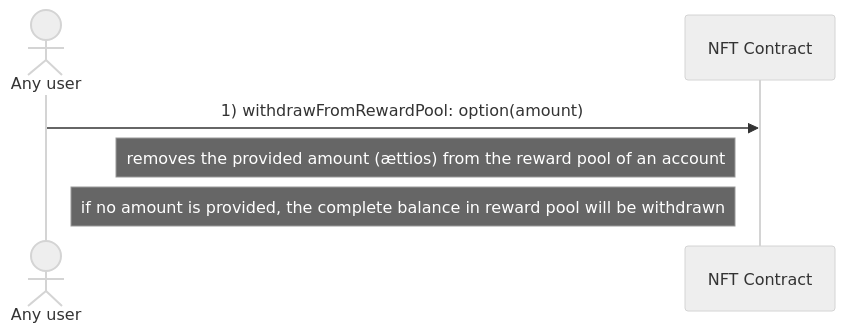
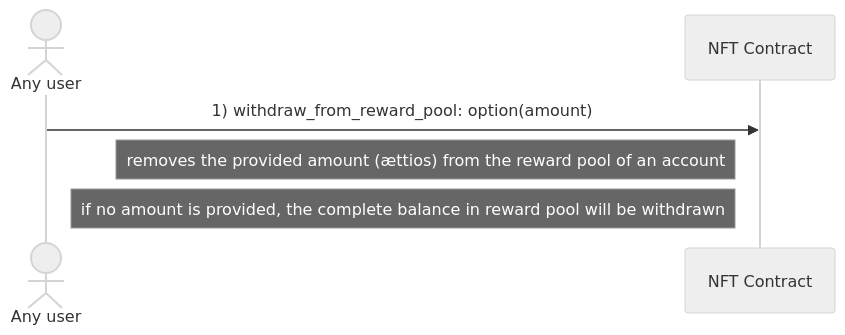
The sixth of 6 diagrams in docs/diagrams/reward_users.md (marc0olo/aens-nfts), drawn with Mermaid (neutral theme) before and after one commit. The commit also changed other lines of this file and 17 other files, not shown here.

````diff
--- a/docs/diagrams/reward_users.md
+++ b/docs/diagrams/reward_users.md
@@ -73,7 +74,7 @@
 ```mermaid
 sequenceDiagram
     actor Any user
-    Any user ->> NFT Contract: 1) withdrawFromRewardPool: option(amount)
+    Any user ->> NFT Contract: 1) withdraw_from_reward_pool: option(amount)
     Note left of NFT Contract: removes the provided amount (ættios) from the reward pool of an account
     Note left of NFT Contract: if no amount is provided, the complete balance in reward pool will be withdrawn
 ```
````
